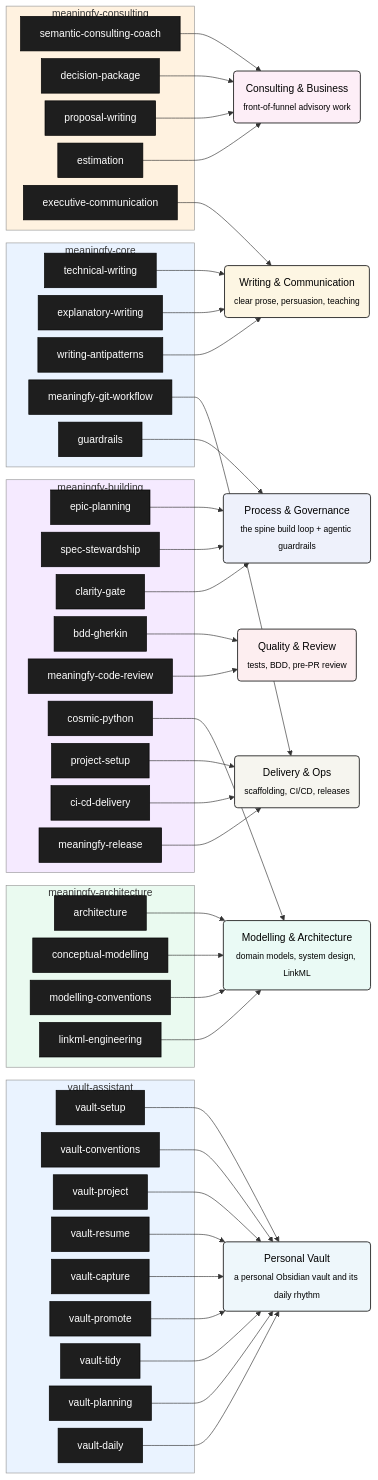
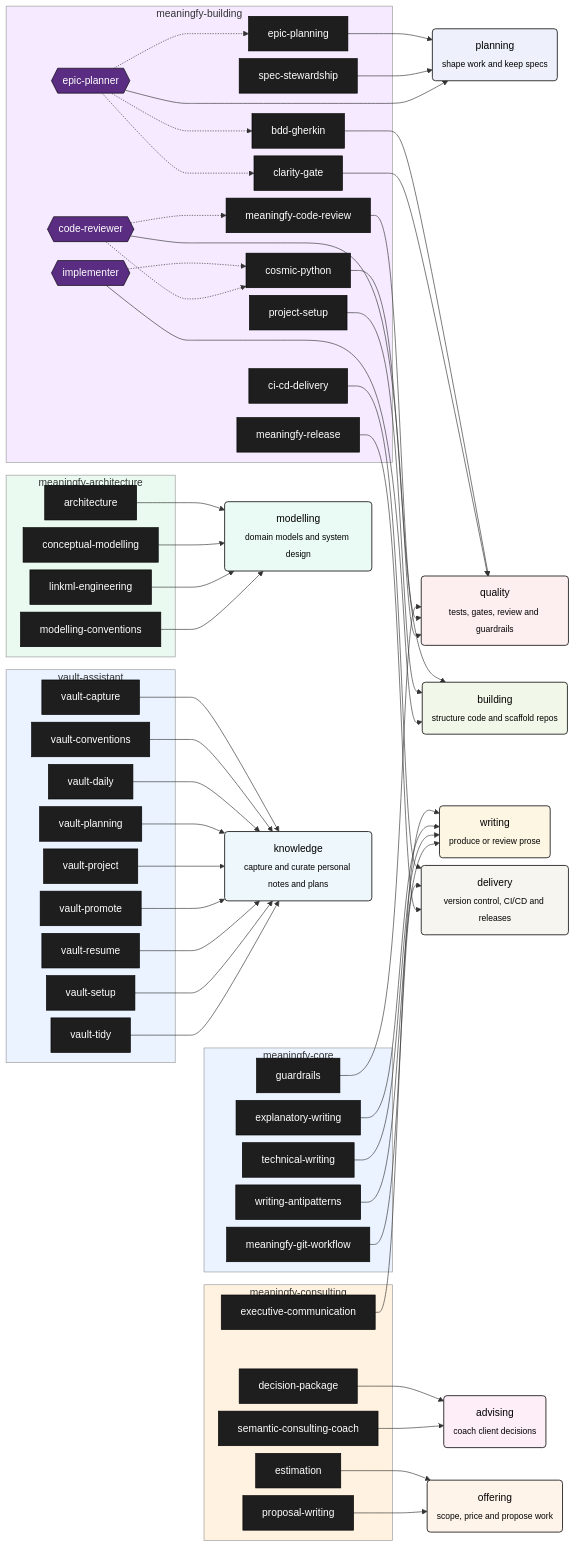
One commit to meaningfy-ws/skillery changed the first of 3 diagrams in docs/skill-inventory.md. Above: the diagram before and after it, drawn with Mermaid. The commit also changed other lines of this file and 3 other files, not shown here.

````diff
--- a/docs/skill-inventory.md
+++ b/docs/skill-inventory.md
@@ -44,6 +44,9 @@
     s_project_setup["project-setup"]
     s_ci_cd_delivery["ci-cd-delivery"]
     s_meaningfy_release["meaningfy-release"]
+    a_epic_planner{{"epic-planner"}}
+    a_implementer{{"implementer"}}
+    a_code_reviewer{{"code-reviewer"}}
   end
   subgraph b_vault_assistant["vault-assistant"]
     s_vault_setup["vault-setup"]
@@ -57,59 +60,73 @@
     s_vault_daily["vault-daily"]
   end
 
-  p_consulting_business("Consulting & Business<br/><sub>front-of-funnel advisory work</sub>")
-  p_delivery_ops("Delivery & Ops<br/><sub>scaffolding, CI/CD, releases</sub>")
-  p_modelling_architecture("Modelling & Architecture<br/><sub>domain models, system design, LinkML</sub>")
-  p_personal_vault("Personal Vault<br/><sub>a personal Obsidian vault and its daily rhythm</sub>")
-  p_process_governance("Process & Governance<br/><sub>the spine build loop + agentic guardrails</sub>")
-  p_quality_review("Quality & Review<br/><sub>tests, BDD, pre-PR review</sub>")
-  p_writing_communication("Writing & Communication<br/><sub>clear prose, persuasion, teaching</sub>")
+  p_writing("writing<br/><sub>produce or review prose</sub>")
+  p_advising("advising<br/><sub>coach client decisions</sub>")
+  p_offering("offering<br/><sub>scope, price and propose work</sub>")
+  p_modelling("modelling<br/><sub>domain models and system design</sub>")
+  p_planning("planning<br/><sub>shape work and keep specs</sub>")
+  p_building("building<br/><sub>structure code and scaffold repos</sub>")
+  p_quality("quality<br/><sub>tests, gates, review and guardrails</sub>")
+  p_delivery("delivery<br/><sub>version control, CI/CD and releases</sub>")
+  p_knowledge("knowledge<br/><sub>capture and curate personal notes and plans</sub>")
 
-  s_architecture --> p_modelling_architecture
-  s_bdd_gherkin --> p_quality_review
-  s_ci_cd_delivery --> p_delivery_ops
-  s_clarity_gate --> p_process_governance
-  s_conceptual_modelling --> p_modelling_architecture
-  s_cosmic_python --> p_modelling_architecture
-  s_decision_package --> p_consulting_business
-  s_epic_planning --> p_process_governance
-  s_estimation --> p_consulting_business
-  s_executive_communication --> p_writing_communication
-  s_explanatory_writing --> p_writing_communication
-  s_guardrails --> p_process_governance
-  s_linkml_engineering --> p_modelling_architecture
-  s_meaningfy_code_review --> p_quality_review
-  s_meaningfy_git_workflow --> p_delivery_ops
-  s_meaningfy_release --> p_delivery_ops
-  s_modelling_conventions --> p_modelling_architecture
-  s_project_setup --> p_delivery_ops
-  s_proposal_writing --> p_consulting_business
-  s_semantic_consulting_coach --> p_consulting_business
-  s_spec_stewardship --> p_process_governance
-  s_technical_writing --> p_writing_communication
-  s_vault_capture --> p_personal_vault
-  s_vault_conventions --> p_personal_vault
-  s_vault_daily --> p_personal_vault
-  s_vault_planning --> p_personal_vault
-  s_vault_project --> p_personal_vault
-  s_vault_promote --> p_personal_vault
-  s_vault_resume --> p_personal_vault
-  s_vault_setup --> p_personal_vault
-  s_vault_tidy --> p_personal_vault
-  s_writing_antipatterns --> p_writing_communication
+  s_architecture --> p_modelling
+  s_bdd_gherkin --> p_quality
+  s_ci_cd_delivery --> p_delivery
+  s_clarity_gate --> p_quality
+  s_conceptual_modelling --> p_modelling
+  s_cosmic_python --> p_building
+  s_decision_package --> p_advising
+  s_epic_planning --> p_planning
+  s_estimation --> p_offering
+  s_executive_communication --> p_writing
+  s_explanatory_writing --> p_writing
+  s_guardrails --> p_quality
+  s_linkml_engineering --> p_modelling
+  s_meaningfy_code_review --> p_quality
+  s_meaningfy_git_workflow --> p_delivery
+  s_meaningfy_release --> p_delivery
+  s_modelling_conventions --> p_modelling
+  s_project_setup --> p_building
+  s_proposal_writing --> p_offering
+  s_semantic_consulting_coach --> p_advising
+  s_spec_stewardship --> p_planning
+  s_technical_writing --> p_writing
+  s_vault_capture --> p_knowledge
+  s_vault_conventions --> p_knowledge
+  s_vault_daily --> p_knowledge
+  s_vault_planning --> p_knowledge
+  s_vault_project --> p_knowledge
+  s_vault_promote --> p_knowledge
+  s_vault_resume --> p_knowledge
+  s_vault_setup --> p_knowledge
+  s_vault_tidy --> p_knowledge
+  s_writing_antipatterns --> p_writing
+  a_epic_planner --> p_planning
+  a_implementer --> p_building
+  a_code_reviewer --> p_quality
+
+  a_epic_planner -.-> s_epic_planning
+  a_epic_planner -.-> s_clarity_gate
+  a_epic_planner -.-> s_bdd_gherkin
+  a_implementer -.-> s_cosmic_python
+  a_code_reviewer -.-> s_meaningfy_code_review
+  a_code_reviewer -.-> s_cosmic_python
 
   style b_meaningfy_core fill:#eaf3ff,stroke:#999,stroke-width:1px
   style b_meaningfy_consulting fill:#fff2e0,stroke:#999,stroke-width:1px
   style b_meaningfy_architecture fill:#eafaf0,stroke:#999,stroke-width:1px
   style b_meaningfy_building fill:#f5eaff,stroke:#999,stroke-width:1px
   style b_vault_assistant fill:#eaf3ff,stroke:#999,stroke-width:1px
-  style p_consulting_business fill:#fdeef7,color:#000000,stroke:#333,stroke-width:1.5px
-  style p_delivery_ops fill:#f6f5ef,color:#000000,stroke:#333,stroke-width:1.5px
-  style p_modelling_architecture fill:#eafaf5,color:#000000,stroke:#333,stroke-width:1.5px
-  style p_personal_vault fill:#eef7fb,color:#000000,stroke:#333,stroke-width:1.5px
-  style p_process_governance fill:#eef1fb,color:#000000,stroke:#333,stroke-width:1.5px
-  style p_quality_review fill:#fdeef0,color:#000000,stroke:#333,stroke-width:1.5px
-  style p_writing_communication fill:#fdf6e3,color:#000000,stroke:#333,stroke-width:1.5px
+  style p_writing fill:#fdf6e3,color:#000000,stroke:#333,stroke-width:1.5px
+  style p_advising fill:#fdeef7,color:#000000,stroke:#333,stroke-width:1.5px
+  style p_offering fill:#fff4ea,color:#000000,stroke:#333,stroke-width:1.5px
+  style p_modelling fill:#eafaf5,color:#000000,stroke:#333,stroke-width:1.5px
+  style p_planning fill:#eef1fb,color:#000000,stroke:#333,stroke-width:1.5px
+  style p_building fill:#f1f8e9,color:#000000,stroke:#333,stroke-width:1.5px
+  style p_quality fill:#fdeef0,color:#000000,stroke:#333,stroke-width:1.5px
+  style p_delivery fill:#f6f5ef,color:#000000,stroke:#333,stroke-width:1.5px
+  style p_knowledge fill:#eef7fb,color:#000000,stroke:#333,stroke-width:1.5px
   style s_architecture fill:#1e1e1e,color:#ffffff,stroke:#000
   style s_bdd_gherkin fill:#1e1e1e,color:#ffffff,stroke:#000
   style s_ci_cd_delivery fill:#1e1e1e,color:#ffffff,stroke:#000
@@ -142,4 +159,7 @@
   style s_vault_setup fill:#1e1e1e,color:#ffffff,stroke:#000
   style s_vault_tidy fill:#1e1e1e,color:#ffffff,stroke:#000
   style s_writing_antipatterns fill:#1e1e1e,color:#ffffff,stroke:#000
+  style a_epic_planner fill:#5a2d82,color:#ffffff,stroke:#000
+  style a_implementer fill:#5a2d82,color:#ffffff,stroke:#000
+  style a_code_reviewer fill:#5a2d82,color:#ffffff,stroke:#000
 ```
````
